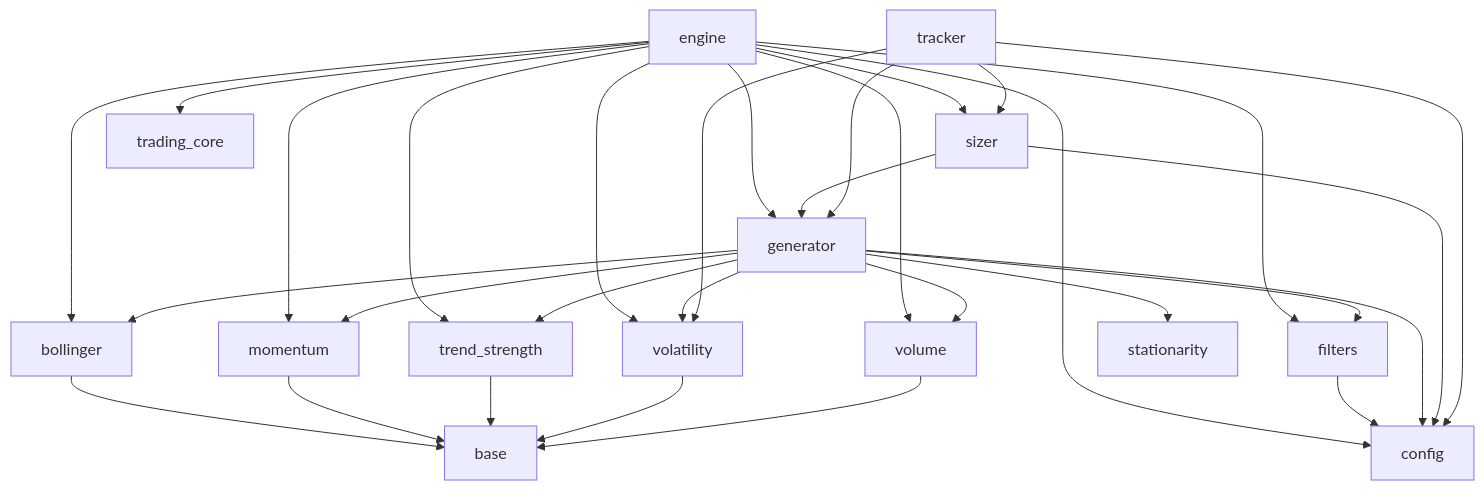
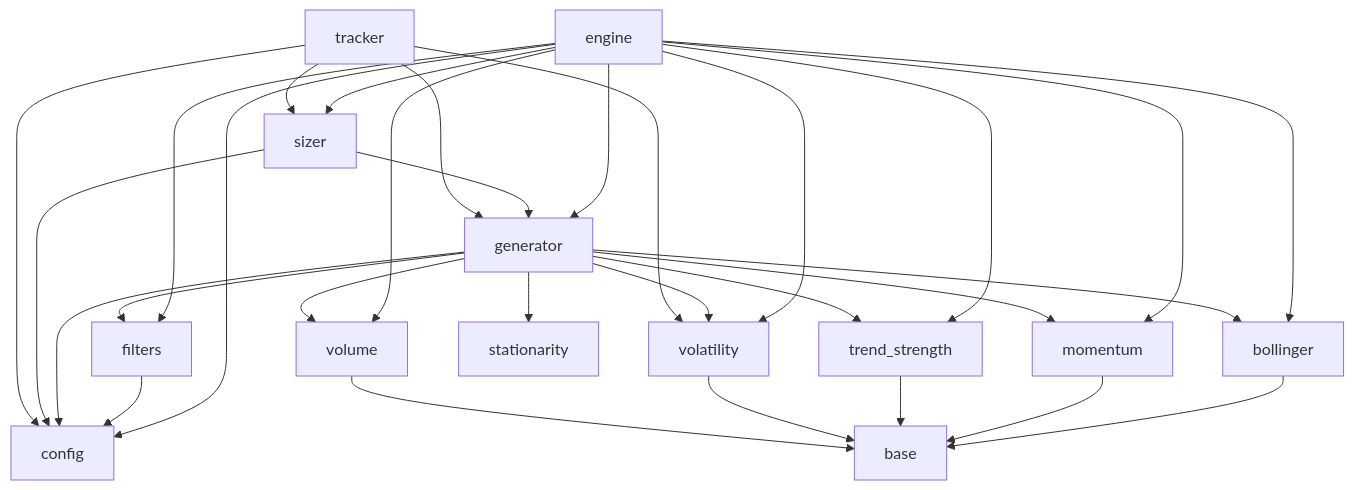
Before and after one commit to ukk77/mean_reversion: the second of 2 diagrams in PROJECT_CONTEXT.md, drawn with Mermaid. The commit also changed other lines of this file and 1 other file, not shown here.

Commit message:
Refactored signal strength calculation to use saturate() utility from trading_core for consistent clamping logic

````diff
--- a/PROJECT_CONTEXT.md
+++ b/PROJECT_CONTEXT.md
@@ -241,33 +239,32 @@
 ```mermaid
 graph TD
     bollinger --> base
     engine --> bollinger
     engine --> config
     engine --> filters
     engine --> generator
     engine --> momentum
     engine --> sizer
     engine --> trend_strength
     engine --> volatility
     engine --> volume
     filters --> config
     generator --> bollinger
     generator --> config
     generator --> filters
     generator --> momentum
+    generator --> stationarity
     generator --> trend_strength
     generator --> volatility
-    generator --> stationarity
     generator --> volume
-    engine --> loss_guard[trading_core]
     momentum --> base
     sizer --> config
     sizer --> generator
     tracker --> config
     tracker --> generator
     tracker --> sizer
     tracker --> volatility
     trend_strength --> base
     volatility --> base
     volume --> base
 ```
````
